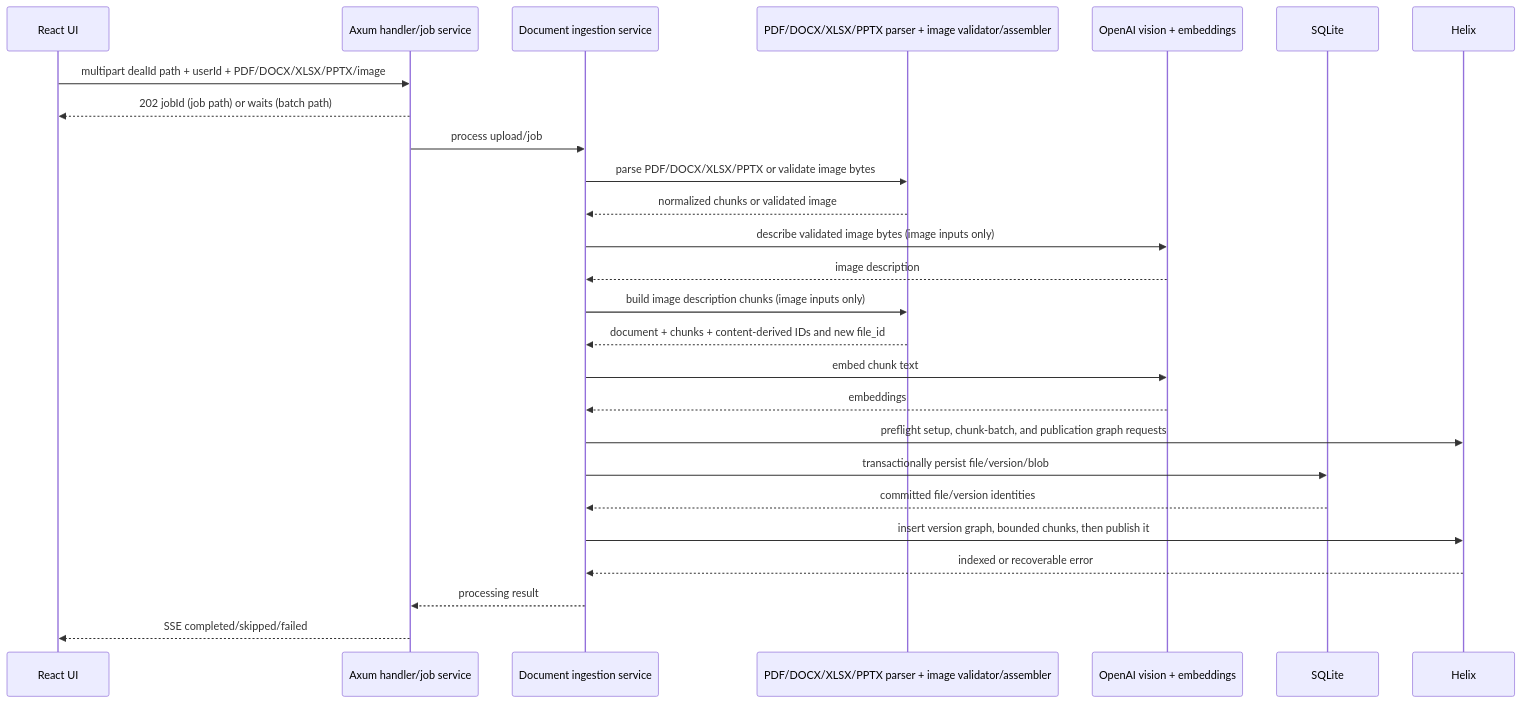
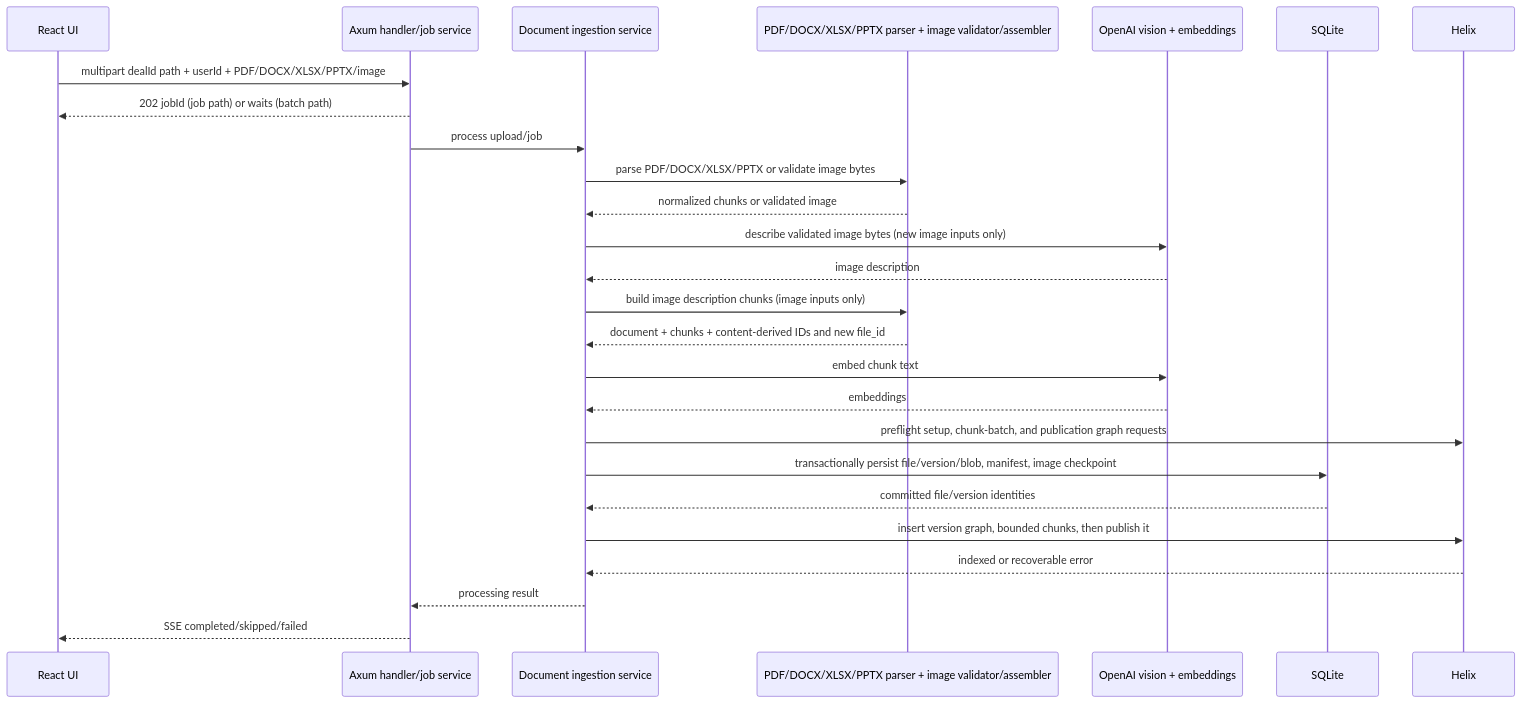
Before and after one commit to ratik-gambhir-WM/Quarry: the third of 3 diagrams in docs/ARCHITECTURE.md, drawn with Mermaid. The commit also changed other lines of this file and 27 other files, not shown here.

````diff
--- a/docs/ARCHITECTURE.md
+++ b/docs/ARCHITECTURE.md
@@ -1518,29 +1537,29 @@
 ```mermaid
 sequenceDiagram
     participant UI as React UI
     participant API as Axum handler/job service
     participant Ingestion as Document ingestion service
     participant Parser as PDF/DOCX/XLSX/PPTX parser + image validator/assembler
     participant AI as OpenAI vision + embeddings
     participant SQL as SQLite
     participant H as Helix
 
     UI->>API: multipart dealId path + userId + PDF/DOCX/XLSX/PPTX/image
     API-->>UI: 202 jobId (job path) or waits (batch path)
     API->>Ingestion: process upload/job
     Ingestion->>Parser: parse PDF/DOCX/XLSX/PPTX or validate image bytes
     Parser-->>Ingestion: normalized chunks or validated image
-    Ingestion->>AI: describe validated image bytes (image inputs only)
+    Ingestion->>AI: describe validated image bytes (new image inputs only)
     AI-->>Ingestion: image description
     Ingestion->>Parser: build image description chunks (image inputs only)
     Parser-->>Ingestion: document + chunks + content-derived IDs and new file_id
     Ingestion->>AI: embed chunk text
     AI-->>Ingestion: embeddings
     Ingestion->>H: preflight setup, chunk-batch, and publication graph requests
-    Ingestion->>SQL: transactionally persist file/version/blob
+    Ingestion->>SQL: transactionally persist file/version/blob, manifest, image checkpoint
     SQL-->>Ingestion: committed file/version identities
     Ingestion->>H: insert version graph, bounded chunks, then publish it
     H-->>Ingestion: indexed or recoverable error
     Ingestion-->>API: processing result
     API-->>UI: SSE completed/skipped/failed
 ```
````
